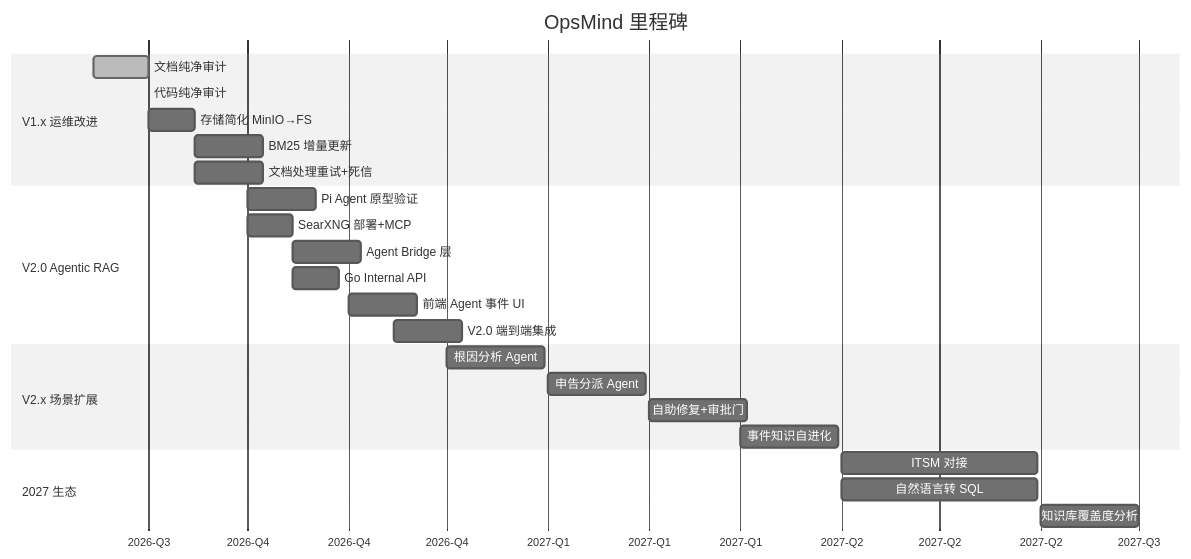
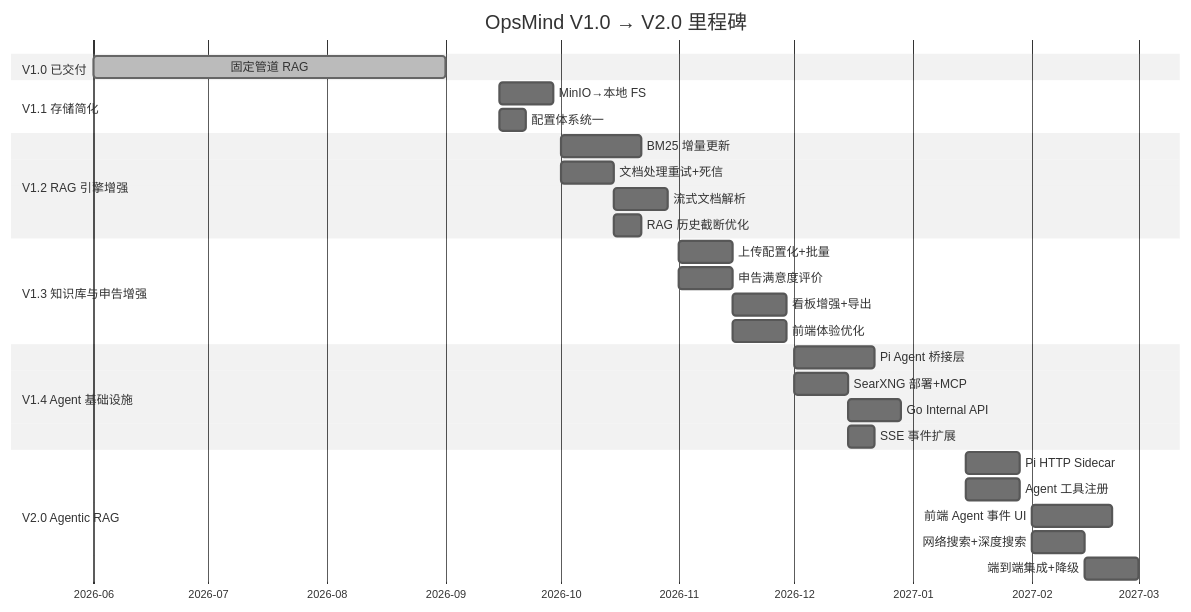
The ninth of 9 diagrams in docs/ROADMAP.md (int2t05/Cognik), drawn with Mermaid (neutral theme) before and after one commit. The commit also changed other lines of this file and 79 other files, not shown here.

First line of the commit message:
docs: ROADMAP 细化 V1.1-V1.4 版本规划 (#15)

````diff
--- a/docs/ROADMAP.md
+++ b/docs/ROADMAP.md
@@ -234,32 +416,38 @@
 ```mermaid
 gantt
-    title OpsMind 里程碑
+    title OpsMind V1.0 → V2.0 里程碑
     dateFormat YYYY-MM-DD
-    axisFormat %Y-Q%q
+    axisFormat %Y-%m
 
-    section V1.x 运维改进
-    文档纯净审计        :done, v1a, 2026-08-15, 2026-09-01
-    代码纯净审计        :done, v1b, 2026-09-01, 2026-09-01
-    存储简化 MinIO→FS  :v1c, 2026-09-01, 14d
-    BM25 增量更新       :v1d, 2026-09-15, 21d
-    文档处理重试+死信   :v1e, 2026-09-15, 21d
+    section V1.0 已交付
+    固定管道 RAG         :done, v1, 2026-06-01, 2026-09-01
+
+    section V1.1 存储简化
+    MinIO→本地 FS        :v11a, 2026-09-15, 14d
+    配置体系统一          :v11b, 2026-09-15, 7d
+
+    section V1.2 RAG 引擎增强
+    BM25 增量更新        :v12a, 2026-10-01, 21d
+    文档处理重试+死信     :v12b, 2026-10-01, 14d
+    流式文档解析          :v12c, 2026-10-15, 14d
+    RAG 历史截断优化      :v12d, 2026-10-15, 7d
+
+    section V1.3 知识库与申告增强
+    上传配置化+批量       :v13a, 2026-11-01, 14d
+    申告满意度评价        :v13b, 2026-11-01, 14d
+    看板增强+导出         :v13c, 2026-11-15, 14d
+    前端体验优化          :v13d, 2026-11-15, 14d
+
+    section V1.4 Agent 基础设施
+    Pi Agent 桥接层      :v14a, 2026-12-01, 21d
+    SearXNG 部署+MCP     :v14b, 2026-12-01, 14d
+    Go Internal API      :v14c, 2026-12-15, 14d
+    SSE 事件扩展          :v14d, 2026-12-15, 7d
 
     section V2.0 Agentic RAG
-    Pi Agent 原型验证    :v2a, 2026-10-01, 21d
-    SearXNG 部署+MCP    :v2b, 2026-10-01, 14d
-    Agent Bridge 层      :v2c, 2026-10-15, 21d
-    Go Internal API     :v2d, 2026-10-15, 14d
-    前端 Agent 事件 UI  :v2e, 2026-11-01, 21d
-    V2.0 端到端集成      :v2f, 2026-11-15, 21d
-
-    section V2.x 场景扩展
-    根因分析 Agent      :v3a, 2026-12-01, 30d
-    申告分派 Agent      :v3b, 2027-01-01, 30d
-    自助修复+审批门     :v3c, 2027-02-01, 30d
-    事件知识自进化      :v3d, 2027-03-01, 30d
-
-    section 2027 生态
-    ITSM 对接           :v4a, 2027-04-01, 60d
-    自然语言转 SQL      :v4b, 2027-04-01, 60d
-    知识库覆盖度分析    :v4c, 2027-06-01, 30d
+    Pi HTTP Sidecar      :v20a, 2027-01-15, 14d
+    Agent 工具注册        :v20b, 2027-01-15, 14d
+    前端 Agent 事件 UI    :v20c, 2027-02-01, 21d
+    网络搜索+深度搜索     :v20d, 2027-02-01, 14d
+    端到端集成+降级       :v20e, 2027-02-15, 14d
 ```
````
